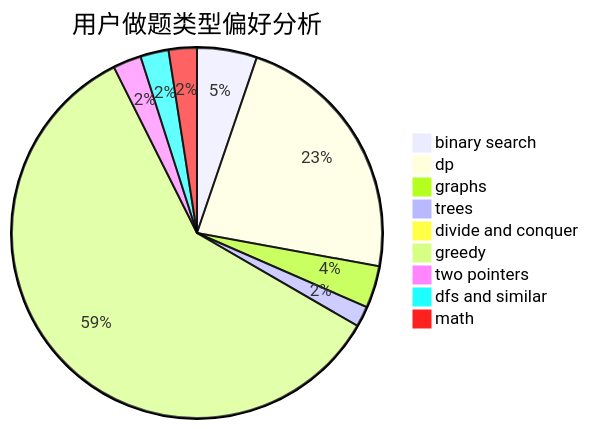
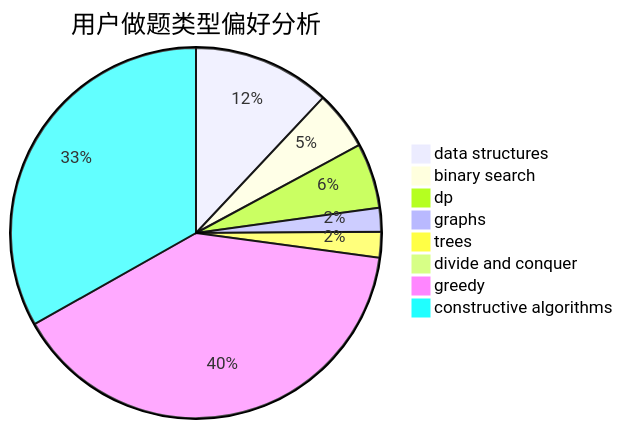
Before and after one commit to sherpahu/cfrs.github.io: the second of 3 diagrams in docs/user/u1461.md, drawn with Mermaid. The commit also changed other lines of this file and 2775 other files, not shown here.

````diff
--- a/docs/user/u1461.md
+++ b/docs/user/u1461.md
@@ -23,12 +23,11 @@
 ```mermaid
 pie title 用户做题类型偏好分析
-    "binary search" :  87
-    "dp" :  377
-    "graphs" :  61
-    "trees" :  30
+    "data structures" :  133
+    "binary search" :  57
+    "dp" :  63
+    "graphs" :  23
+    "trees" :  25
     "divide and conquer" :  0
-    "greedy" :  986
-    "two pointers" :  41
-    "dfs and similar" :  41
-    "math" :  41
+    "greedy" :  440
+    "constructive algorithms" :  368
 ```
````
